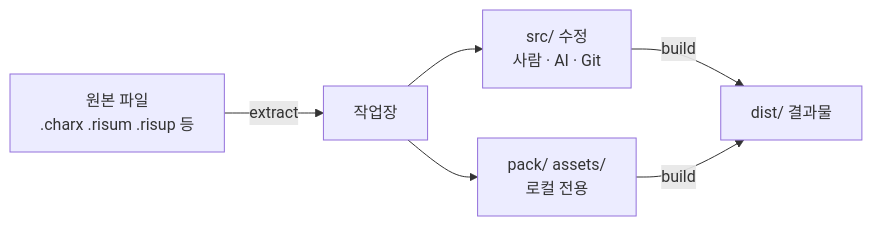
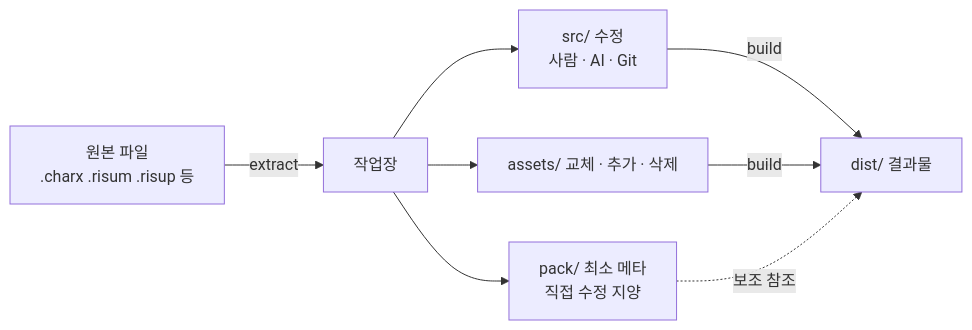
Before and after one commit to InoriNatsume/RisuPack: the first of 3 diagrams in docs/workspace-structure.md, drawn with Mermaid. The commit also changed other lines of this file and 17 other files, not shown here.

````diff
--- a/docs/workspace-structure.md
+++ b/docs/workspace-structure.md
@@ -10,8 +10,10 @@
 ```mermaid
 flowchart LR
     A["원본 파일<br/>.charx .risum .risup 등"] -->|extract| B["작업장"]
     B --> C["src/ 수정<br/>사람 · AI · Git"]
-    B --> D["pack/ assets/<br/>로컬 전용"]
-    C -->|build| E["dist/ 결과물"]
-    D -->|build| E
+    B --> D["assets/ 교체 · 추가 · 삭제"]
+    B --> E["pack/ 최소 메타<br/>직접 수정 지양"]
+    C -->|build| F["dist/ 결과물"]
+    D -->|build| F
+    E -.->|보조 참조| F
 ```
````
